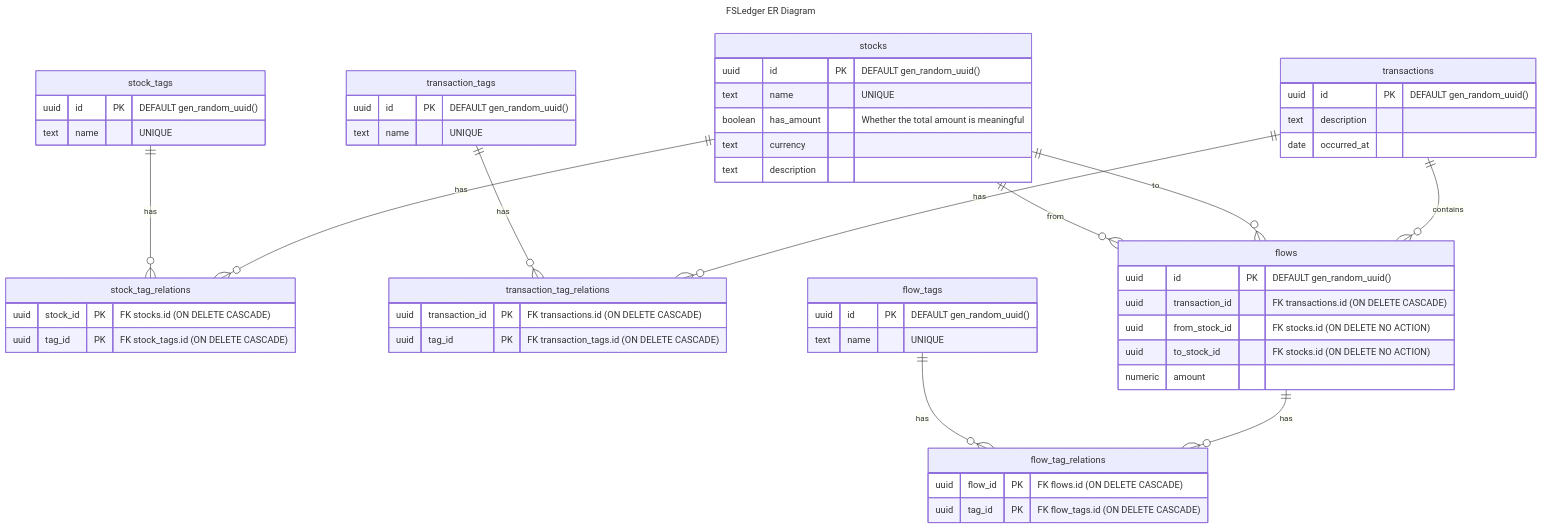
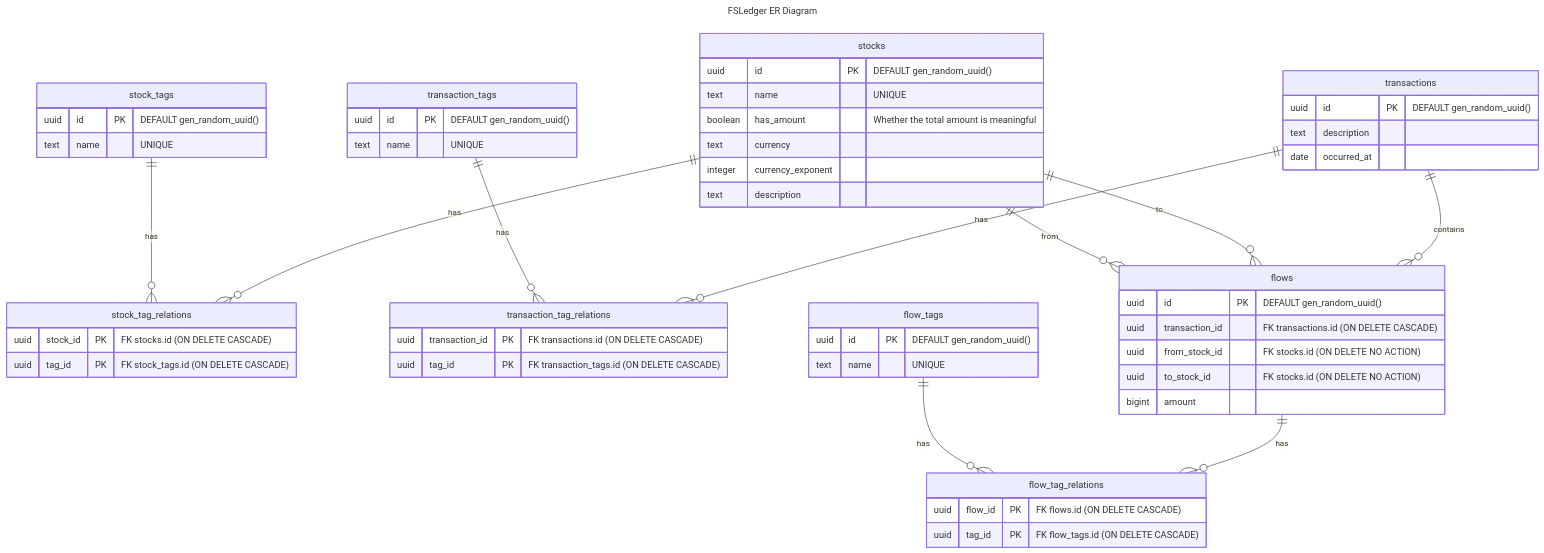
Before and after one commit to M-Haruki/fsledger: the diagram in README.md, drawn with Mermaid.

Commit message:
update er diagram

````diff
--- a/README.md
+++ b/README.md
@@ -20,71 +20,72 @@
 ```mermaid
 ---
 title: "FSLedger ER Diagram"
 ---
 
 erDiagram
     stocks{
         uuid id PK "DEFAULT gen_random_uuid()"
         text name "UNIQUE"
         boolean has_amount "Whether the total amount is meaningful"
         text currency
+        integer currency_exponent
         text description
     }
 
     stock_tags{
         uuid id PK "DEFAULT gen_random_uuid()"
         text name "UNIQUE"
     }
 
     stock_tag_relations{
         uuid stock_id PK "FK stocks.id (ON DELETE CASCADE)"
         uuid tag_id PK "FK stock_tags.id (ON DELETE CASCADE)"
     }
     
     transactions{
         uuid id PK "DEFAULT gen_random_uuid()"
         text description
         date occurred_at
     }
 
     transaction_tags{
         uuid id PK "DEFAULT gen_random_uuid()"
         text name "UNIQUE"
     }
 
     transaction_tag_relations{
         uuid transaction_id PK "FK transactions.id (ON DELETE CASCADE)"
         uuid tag_id PK "FK transaction_tags.id (ON DELETE CASCADE)"
     }
 
     flows{
         uuid id PK "DEFAULT gen_random_uuid()"
         uuid transaction_id "FK transactions.id (ON DELETE CASCADE)"
         uuid from_stock_id "FK stocks.id (ON DELETE NO ACTION)"
         uuid to_stock_id "FK stocks.id (ON DELETE NO ACTION)"
-        numeric amount
+        bigint amount
     }
 
     flow_tags{
         uuid id PK "DEFAULT gen_random_uuid()"
         text name "UNIQUE"
     }
 
     flow_tag_relations{
         uuid flow_id PK "FK flows.id (ON DELETE CASCADE)"
         uuid tag_id PK "FK flow_tags.id (ON DELETE CASCADE)"
     }
 
     stocks ||--o{ stock_tag_relations : has
     stock_tags ||--o{ stock_tag_relations : has
 
     transactions ||--o{ transaction_tag_relations : has
     transaction_tags ||--o{ transaction_tag_relations : has
 
     flows ||--o{ flow_tag_relations : has
     flow_tags ||--o{ flow_tag_relations : has
 
     transactions ||--o{ flows : contains
     stocks ||--o{ flows : "to"
     stocks ||--o{ flows : "from"
 ```
````
